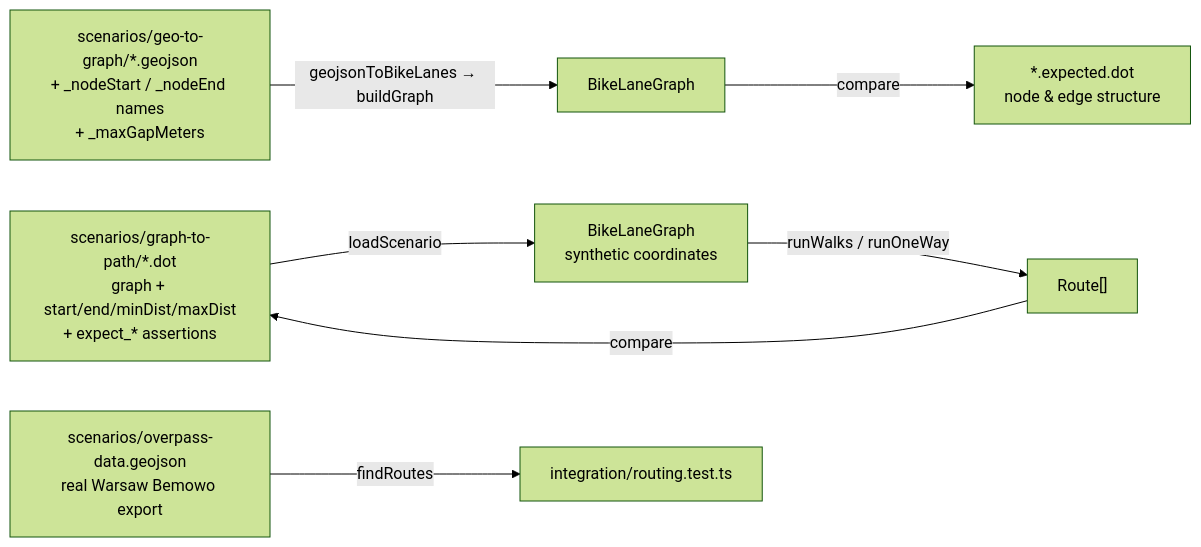
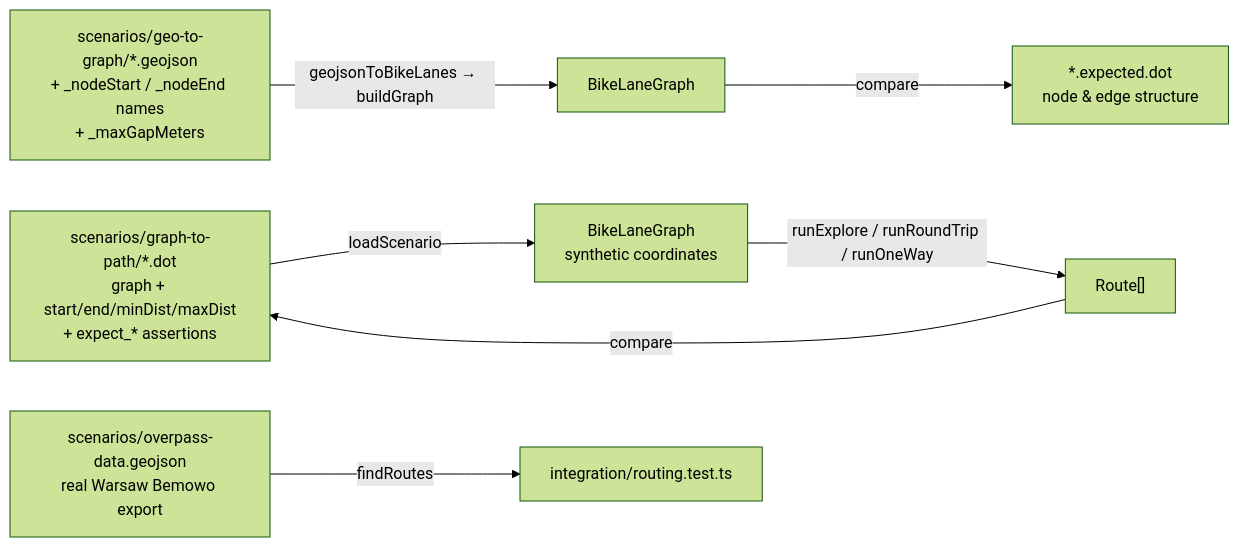
One commit to creeston/cycler changed the third of 3 diagrams in docs/algorithms.md. Above: the diagram before and after it, drawn with Mermaid (forest theme). The commit also changed other lines of this file and 21 other files, not shown here.

````diff
--- a/docs/algorithms.md
+++ b/docs/algorithms.md
@@ -827,11 +881,11 @@
 ```mermaid
 graph LR
     GJ["scenarios/geo-to-graph/*.geojson<br/>+ _nodeStart / _nodeEnd names<br/>+ _maxGapMeters"] -->|geojsonToBikeLanes → buildGraph| G1["BikeLaneGraph"]
     G1 -->|compare| DOT1["*.expected.dot<br/>node & edge structure"]
 
     DOT2["scenarios/graph-to-path/*.dot<br/>graph + start/end/minDist/maxDist<br/>+ expect_* assertions"] -->|loadScenario| G2["BikeLaneGraph<br/>synthetic coordinates"]
-    G2 -->|runWalks / runOneWay| R["Route[]"]
+    G2 -->|runExplore / runRoundTrip / runOneWay| R["Route[]"]
     R -->|compare| DOT2
 
     FC["scenarios/overpass-data.geojson<br/>real Warsaw Bemowo export"] -->|findRoutes| INT["integration/routing.test.ts"]
 ```
````
